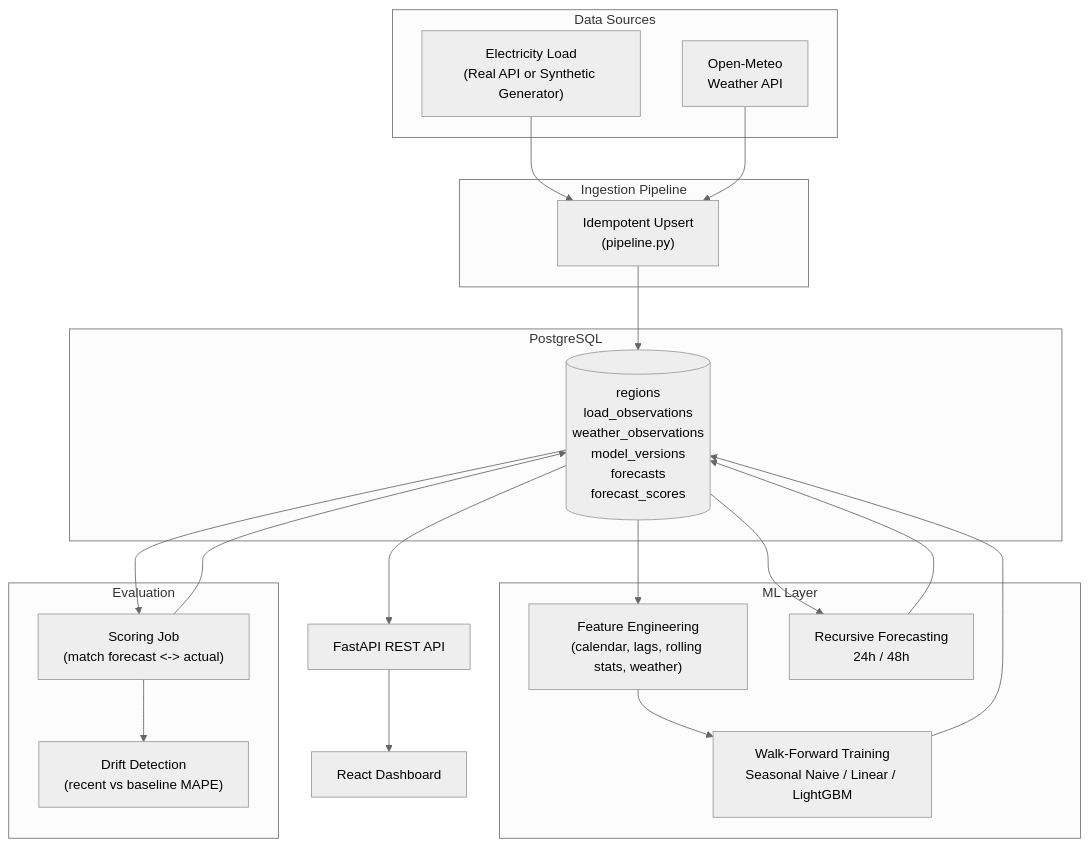
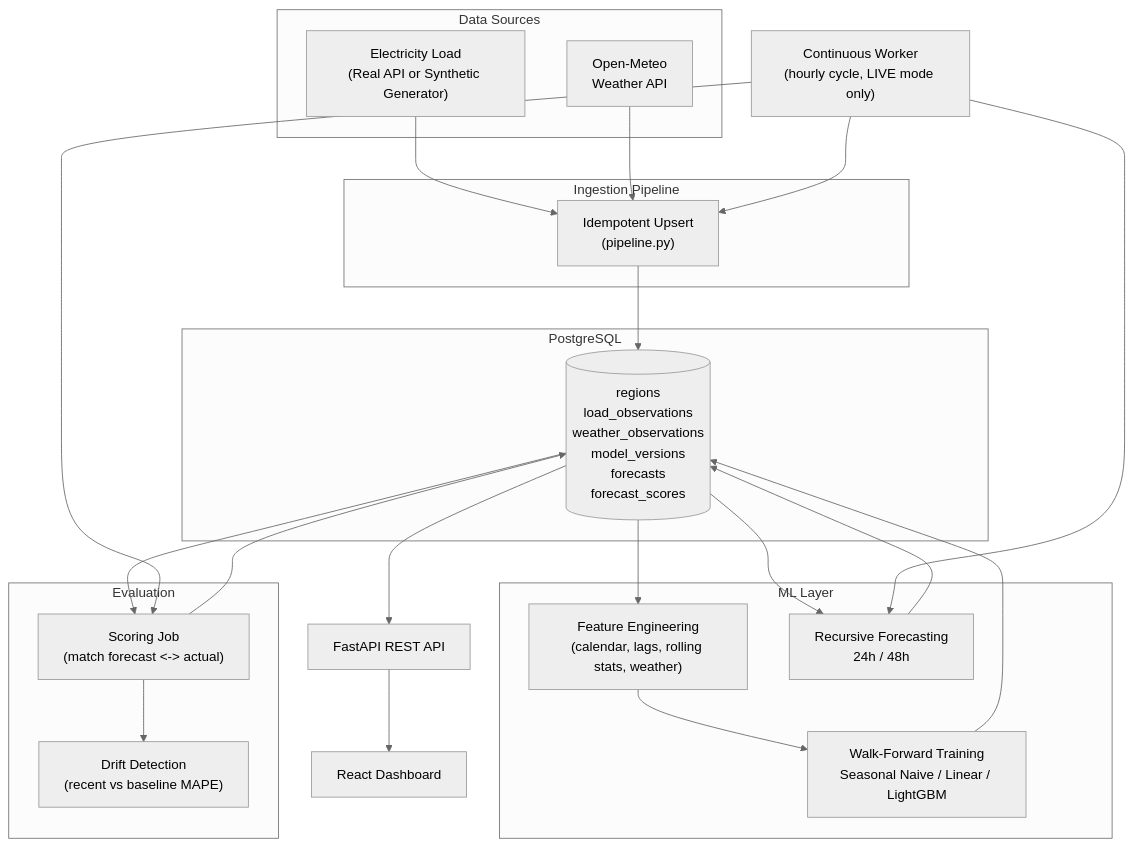
One commit to poojaaxx/gridcast changed the first of 4 diagrams in README.md. Above: the diagram before and after it, drawn with Mermaid (neutral theme). The commit also changed other lines of this file, not shown here.

First line of the commit message:
docs(data): document live and demo data sources

````diff
--- a/README.md
+++ b/README.md
@@ -39,38 +39,42 @@
 ```mermaid
 flowchart TB
     subgraph Sources["Data Sources"]
         ELEC["Electricity Load\n(Real API or Synthetic Generator)"]
         WEATHER["Open-Meteo\nWeather API"]
     end
 
     subgraph Ingestion["Ingestion Pipeline"]
         PIPE["Idempotent Upsert\n(pipeline.py)"]
     end
 
     subgraph Storage["PostgreSQL"]
         DB[("regions\nload_observations\nweather_observations\nmodel_versions\nforecasts\nforecast_scores")]
     end
 
     subgraph ML["ML Layer"]
         FEAT["Feature Engineering\n(calendar, lags, rolling stats, weather)"]
         TRAIN["Walk-Forward Training\nSeasonal Naive / Linear / LightGBM"]
         FORECAST["Recursive Forecasting\n24h / 48h"]
     end
 
     subgraph Eval["Evaluation"]
         SCORE["Scoring Job\n(match forecast <-> actual)"]
         MONITOR["Drift Detection\n(recent vs baseline MAPE)"]
     end
 
+    WORKER["Continuous Worker\n(hourly cycle, LIVE mode only)"]
     API["FastAPI REST API"]
     UI["React Dashboard"]
 
     ELEC --> PIPE
     WEATHER --> PIPE
     PIPE --> DB
     DB --> FEAT --> TRAIN --> DB
     DB --> FORECAST --> DB
     DB --> SCORE --> DB
     SCORE --> MONITOR
+    WORKER --> PIPE
+    WORKER --> FORECAST
+    WORKER --> SCORE
     DB --> API --> UI
 ```
````
